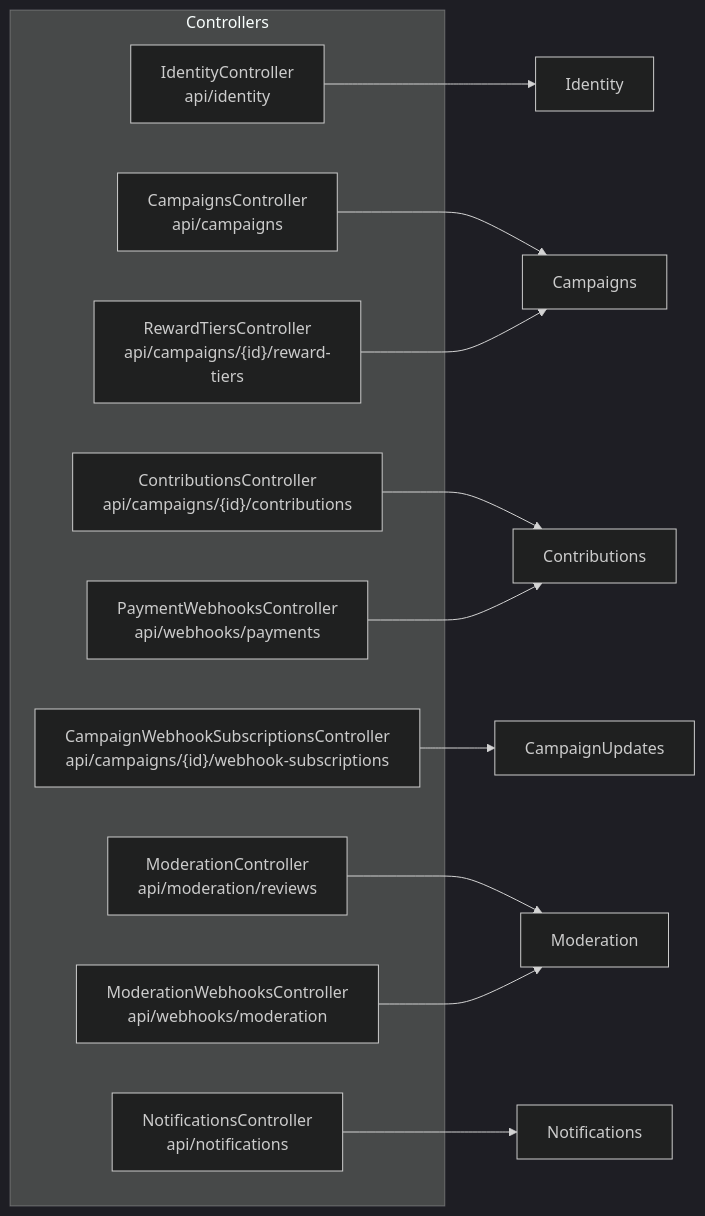
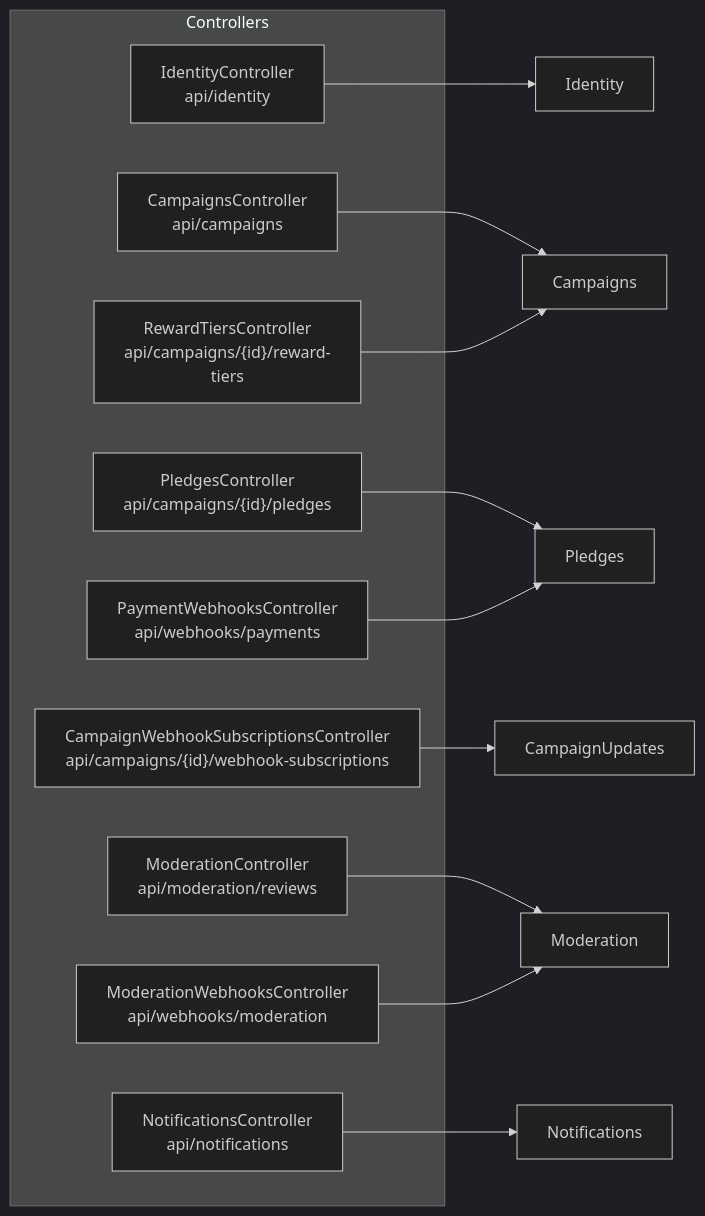
The first of 2 diagrams in src/API/CrowdFunding.API/Controllers/README.md (maysamgamini/crowdfundinghub), drawn with Mermaid (dark theme) before and after one commit. The commit also changed other lines of this file and 571 other files, not shown here.

````diff
--- a/src/API/CrowdFunding.API/Controllers/README.md
+++ b/src/API/CrowdFunding.API/Controllers/README.md
@@ -8,23 +8,23 @@
 ```mermaid
 flowchart LR
     subgraph API["Controllers"]
         Id["IdentityController<br/>api/identity"]
         Ca["CampaignsController<br/>api/campaigns"]
         Rt["RewardTiersController<br/>api/campaigns/{id}/reward-tiers"]
-        Co["ContributionsController<br/>api/campaigns/{id}/contributions"]
+        Co["PledgesController<br/>api/campaigns/{id}/pledges"]
         Wh["CampaignWebhookSubscriptionsController<br/>api/campaigns/{id}/webhook-subscriptions"]
         Mo["ModerationController<br/>api/moderation/reviews"]
         No["NotificationsController<br/>api/notifications"]
         Pw["PaymentWebhooksController<br/>api/webhooks/payments"]
         Mw["ModerationWebhooksController<br/>api/webhooks/moderation"]
     end
     Id --> M1["Identity"]
     Ca --> M2["Campaigns"]
     Rt --> M2
-    Co --> M3["Contributions"]
+    Co --> M3["Pledges"]
     Pw --> M3
     Wh --> M4["CampaignUpdates"]
     Mo --> M5["Moderation"]
     Mw --> M5
     No --> M6["Notifications"]
 ```
````
